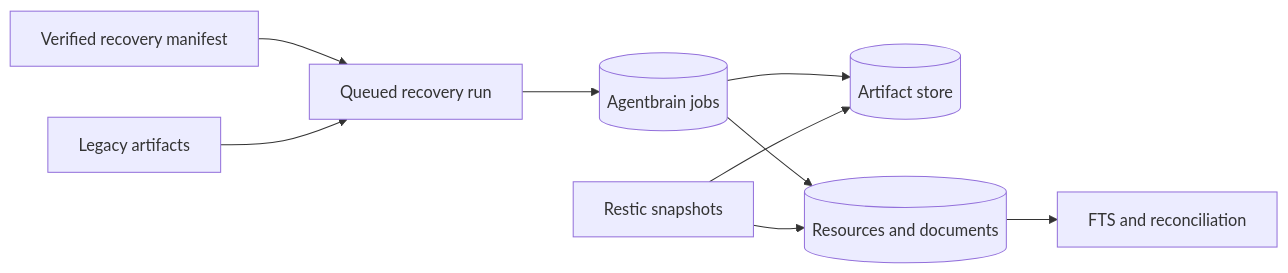
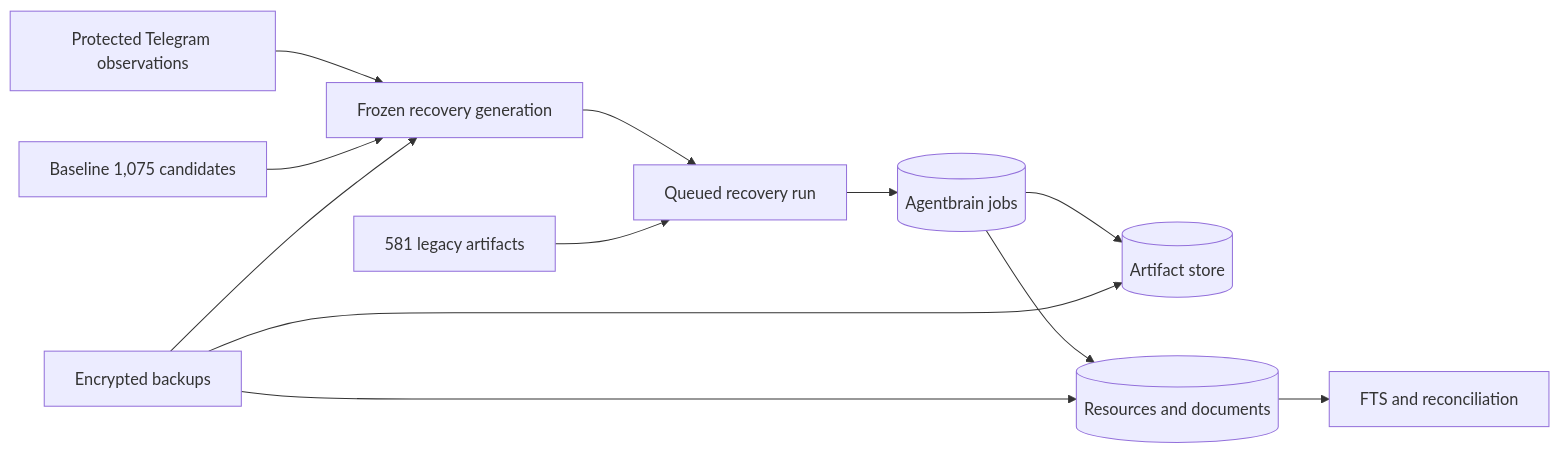
The diagram in .keeper/specs/fn-4-prepare-legacy-corpus-recovery.md (possibilities/agentbrain), drawn with Mermaid before and after one commit. The commit also changed other lines of this file and 8 other files, not shown here.

First line of the commit message:
chore(plan): refine-apply fn-4-prepare-legacy-corpus-recovery

````diff
--- a/.keeper/specs/fn-4-prepare-legacy-corpus-recovery.md
+++ b/.keeper/specs/fn-4-prepare-legacy-corpus-recovery.md
@@ -49,11 +57,14 @@
 ```mermaid
 flowchart LR
-  M[Verified recovery manifest] --> R[Queued recovery run]
-  A[Legacy artifacts] --> R
+  T[Protected Telegram observations] --> G[Frozen recovery generation]
+  M[Baseline 1,075 candidates] --> G
+  G --> R[Queued recovery run]
+  A[581 legacy artifacts] --> R
   R --> J[(Agentbrain jobs)]
   J --> S[(Artifact store)]
   J --> D[(Resources and documents)]
   D --> F[FTS and reconciliation]
-  B[Restic snapshots] --> S
+  B[Encrypted backups] --> G
+  B --> S
   B --> D
 ```
````
